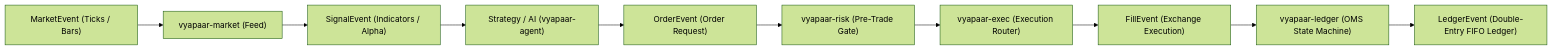
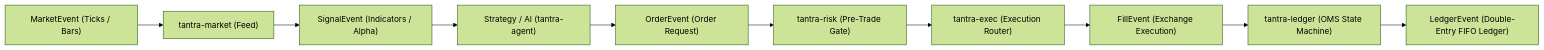
One commit to tantra-labs/tantra-agent changed the diagram in docs/design/architecture.md. Above: the diagram before and after it, drawn with Mermaid (forest theme). The commit also changed other lines of this file and 349 other files, not shown here.

Commit message:
refactor(agent): rename vyapaar-* crates to tantra-*

````diff
--- a/docs/design/architecture.md
+++ b/docs/design/architecture.md
@@ -61,12 +61,12 @@
 ```mermaid
 flowchart LR
-    MarketEvent["MarketEvent (Ticks / Bars)"] --> Feed["vyapaar-market (Feed)"]
+    MarketEvent["MarketEvent (Ticks / Bars)"] --> Feed["tantra-market (Feed)"]
     Feed --> SignalEvent["SignalEvent (Indicators / Alpha)"]
-    SignalEvent --> Strategy["Strategy / AI (vyapaar-agent)"]
+    SignalEvent --> Strategy["Strategy / AI (tantra-agent)"]
     Strategy --> OrderEvent["OrderEvent (Order Request)"]
-    OrderEvent --> Risk["vyapaar-risk (Pre-Trade Gate)"]
-    Risk --> Router["vyapaar-exec (Execution Router)"]
+    OrderEvent --> Risk["tantra-risk (Pre-Trade Gate)"]
+    Risk --> Router["tantra-exec (Execution Router)"]
     Router --> FillEvent["FillEvent (Exchange Execution)"]
-    FillEvent --> OMS["vyapaar-ledger (OMS State Machine)"]
+    FillEvent --> OMS["tantra-ledger (OMS State Machine)"]
     OMS --> LedgerEvent["LedgerEvent (Double-Entry FIFO Ledger)"]
 ```
````
